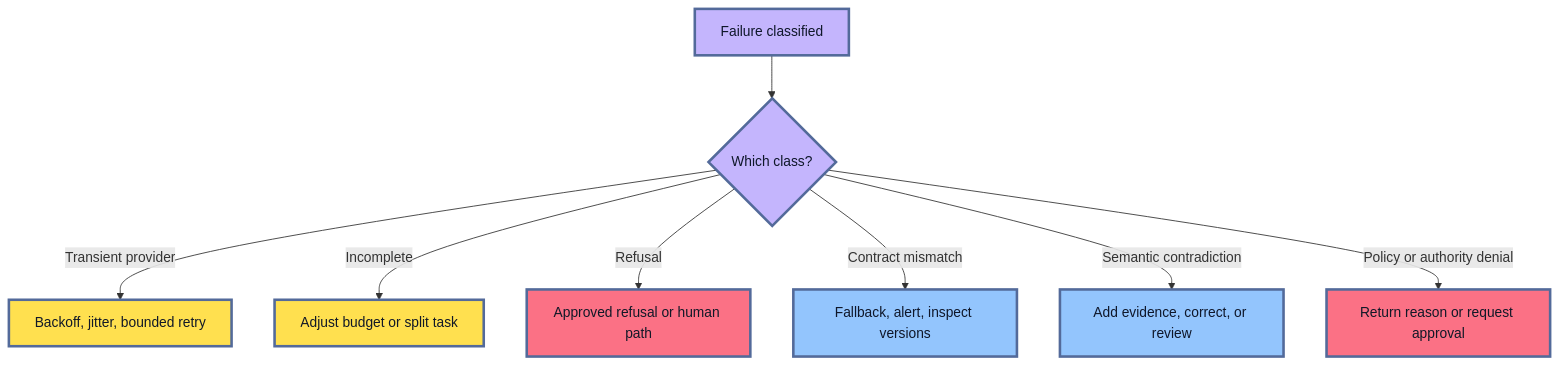
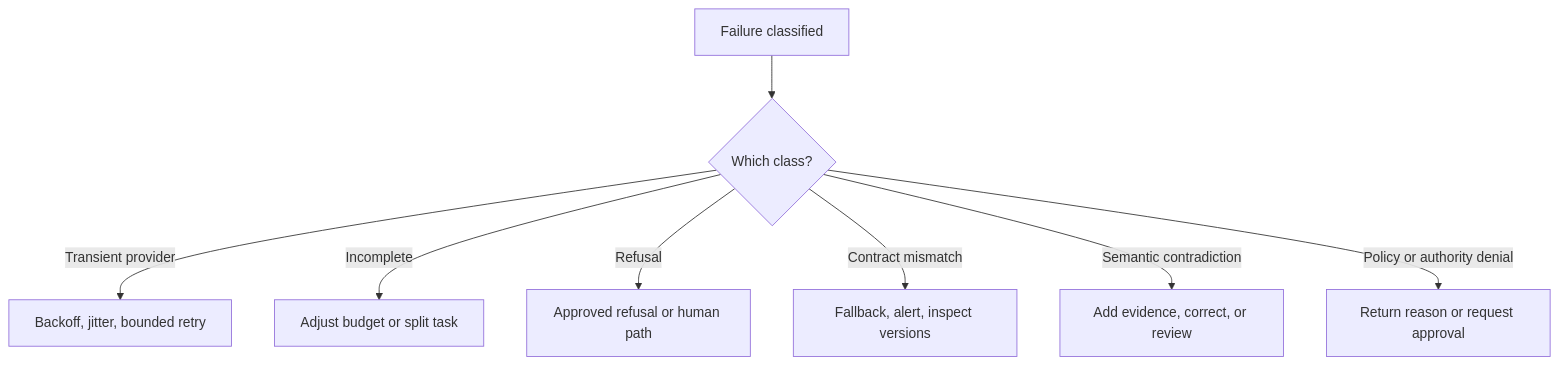
Before and after one commit to senlinyy/dev-roadmaps: the seventh of 9 diagrams in roadmaps/mlops/modules/llmops/llm-app-foundations/02-structured-outputs.md, drawn with Mermaid. The commit also changed other lines of this file and 152 other files, not shown here.

Commit message:
feat: mlops and diagrams updated

````diff
--- a/roadmaps/mlops/modules/llmops/llm-app-foundations/02-structured-outputs.md
+++ b/roadmaps/mlops/modules/llmops/llm-app-foundations/02-structured-outputs.md
@@ -449,19 +431,15 @@
 ```mermaid
 flowchart TD
     A["Failure classified"] --> B{"Which class?"}
     B -->|"Transient provider"| C["Backoff, jitter, bounded retry"]
     B -->|"Incomplete"| D["Adjust budget or split task"]
     B -->|"Refusal"| E["Approved refusal or human path"]
     B -->|"Contract mismatch"| F["Fallback, alert, inspect versions"]
     B -->|"Semantic contradiction"| G["Add evidence, correct, or review"]
     B -->|"Policy or authority denial"| H["Return reason or request approval"]
 
-    classDef question fill:#C4B5FD,stroke:#536A9A,stroke-width:3px,color:#0F172A
-    classDef retry fill:#FFE04F,stroke:#536A9A,stroke-width:3px,color:#111827
-    classDef review fill:#93C5FD,stroke:#536A9A,stroke-width:3px,color:#0F172A
-    classDef stop fill:#FB7185,stroke:#536A9A,stroke-width:3px,color:#111827
     class A,B question
     class C,D retry
     class F,G review
     class E,H stop
 ```
````
